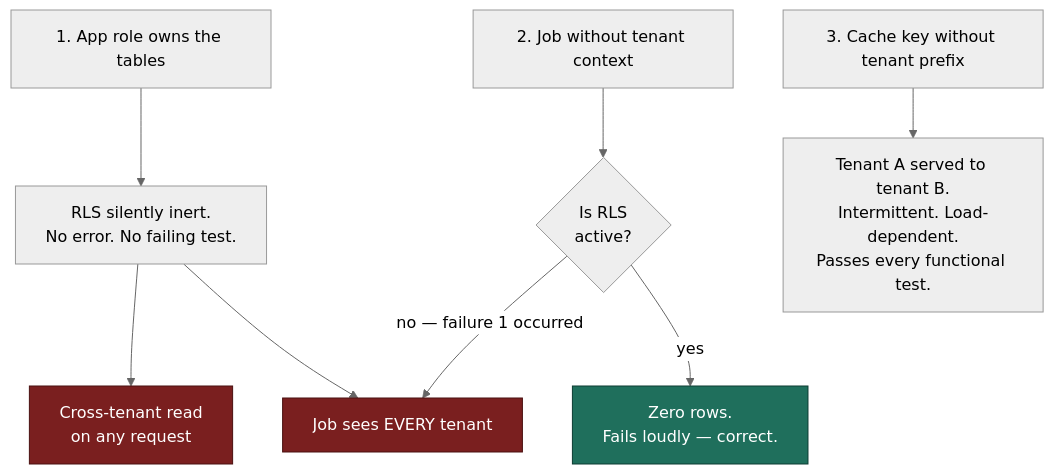
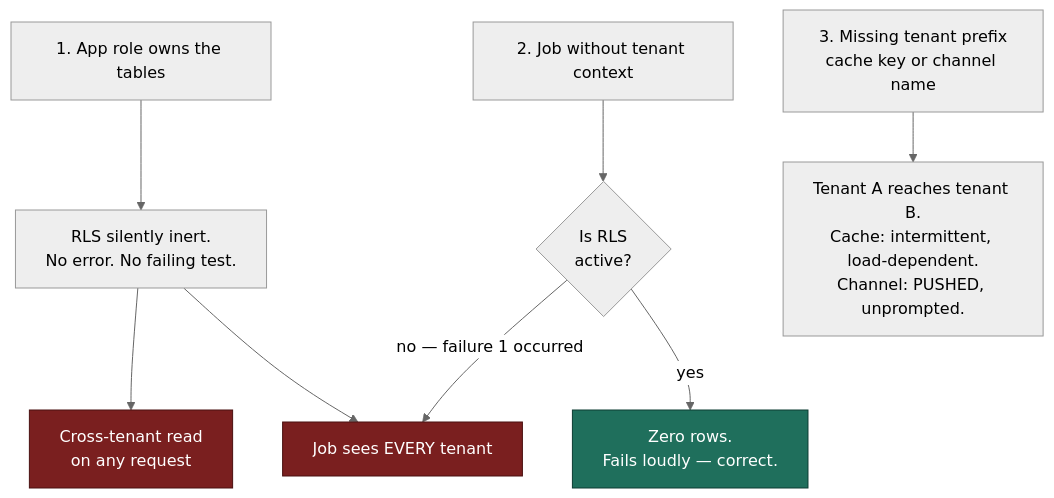
Before and after one commit to BAGOMBEKA-JOB-DEV/carevelo: the second of 2 diagrams in docs/50-security-compliance/threat-model.md, drawn with Mermaid (neutral theme). The commit also changed other lines of this file and 21 other files, not shown here.

````diff
--- a/docs/50-security-compliance/threat-model.md
+++ b/docs/50-security-compliance/threat-model.md
@@ -145,15 +149,15 @@
 ```mermaid
 flowchart TD
     F1["1. App role owns the tables"] --> S1["RLS silently inert.<br/>No error. No failing test."]
     F2["2. Job without tenant context"] --> S2{"Is RLS<br/>active?"}
     S2 -->|"yes"| OK["Zero rows.<br/>Fails loudly — correct."]
     S2 -->|"no — failure 1 occurred"| WORST["Job sees EVERY tenant"]
-    F3["3. Cache key without tenant prefix"] --> S3["Tenant A served to tenant B.<br/>Intermittent. Load-dependent.<br/>Passes every functional test."]
+    F3["3. Missing tenant prefix<br/>cache key or channel name"] --> S3["Tenant A reaches tenant B.<br/>Cache: intermittent, load-dependent.<br/>Channel: PUSHED, unprompted."]
 
     S1 --> WORST
     S1 --> LEAK["Cross-tenant read<br/>on any request"]
 
     style WORST fill:#7a1f1f,stroke:#4a1010,color:#fff
     style LEAK fill:#7a1f1f,stroke:#4a1010,color:#fff
     style OK fill:#1f6f5c,stroke:#0d3d33,color:#fff
 ```
````
